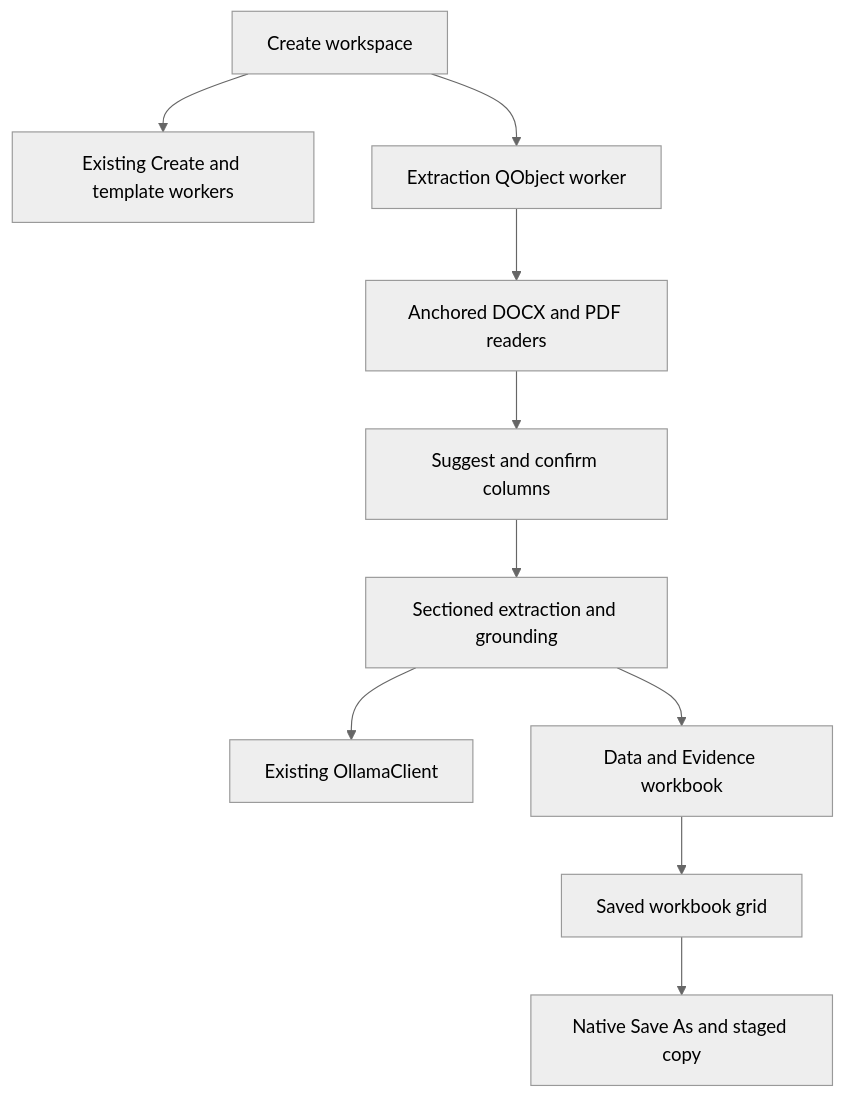
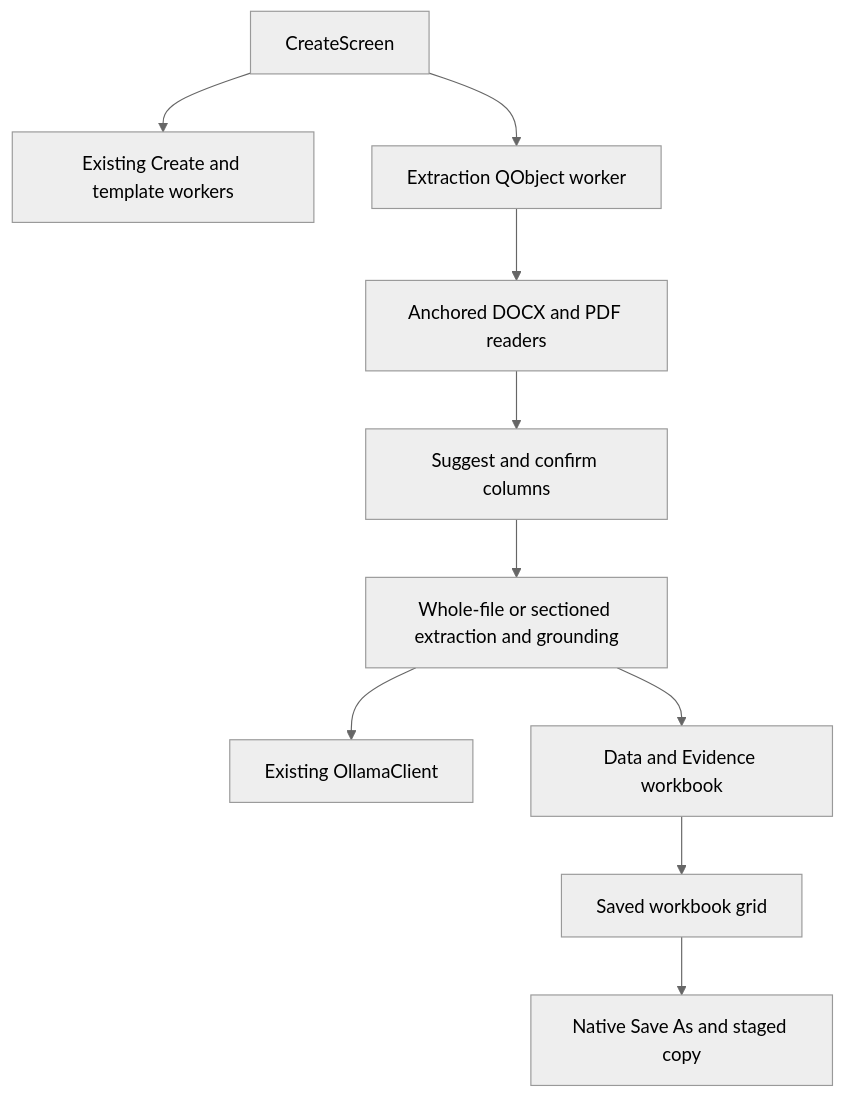
Before and after one commit to alexnosx/Simplicitor: the diagram in docs/superpowers/specs/2026-10-08-document-architecture-design.md, drawn with Mermaid (neutral theme). The commit also changed other lines of this file and 7 other files, not shown here.

```diff
--- a/docs/superpowers/specs/2026-10-08-document-architecture-design.md
+++ b/docs/superpowers/specs/2026-10-08-document-architecture-design.md
@@ -9,12 +9,12 @@
 ~~~mermaid
 flowchart TD
-    UI[Create workspace] --> OLD[Existing Create and template workers]
+    UI[CreateScreen] --> OLD[Existing Create and template workers]
     UI --> WORKER[Extraction QObject worker]
     WORKER --> READERS[Anchored DOCX and PDF readers]
     READERS --> COLUMNS[Suggest and confirm columns]
-    COLUMNS --> PIPE[Sectioned extraction and grounding]
+    COLUMNS --> PIPE[Whole-file or sectioned extraction and grounding]
     PIPE --> OLLAMA[Existing OllamaClient]
     PIPE --> XLSX[Data and Evidence workbook]
     XLSX --> GRID[Saved workbook grid]
     GRID --> SAVE[Native Save As and staged copy]
 ~~~
```
